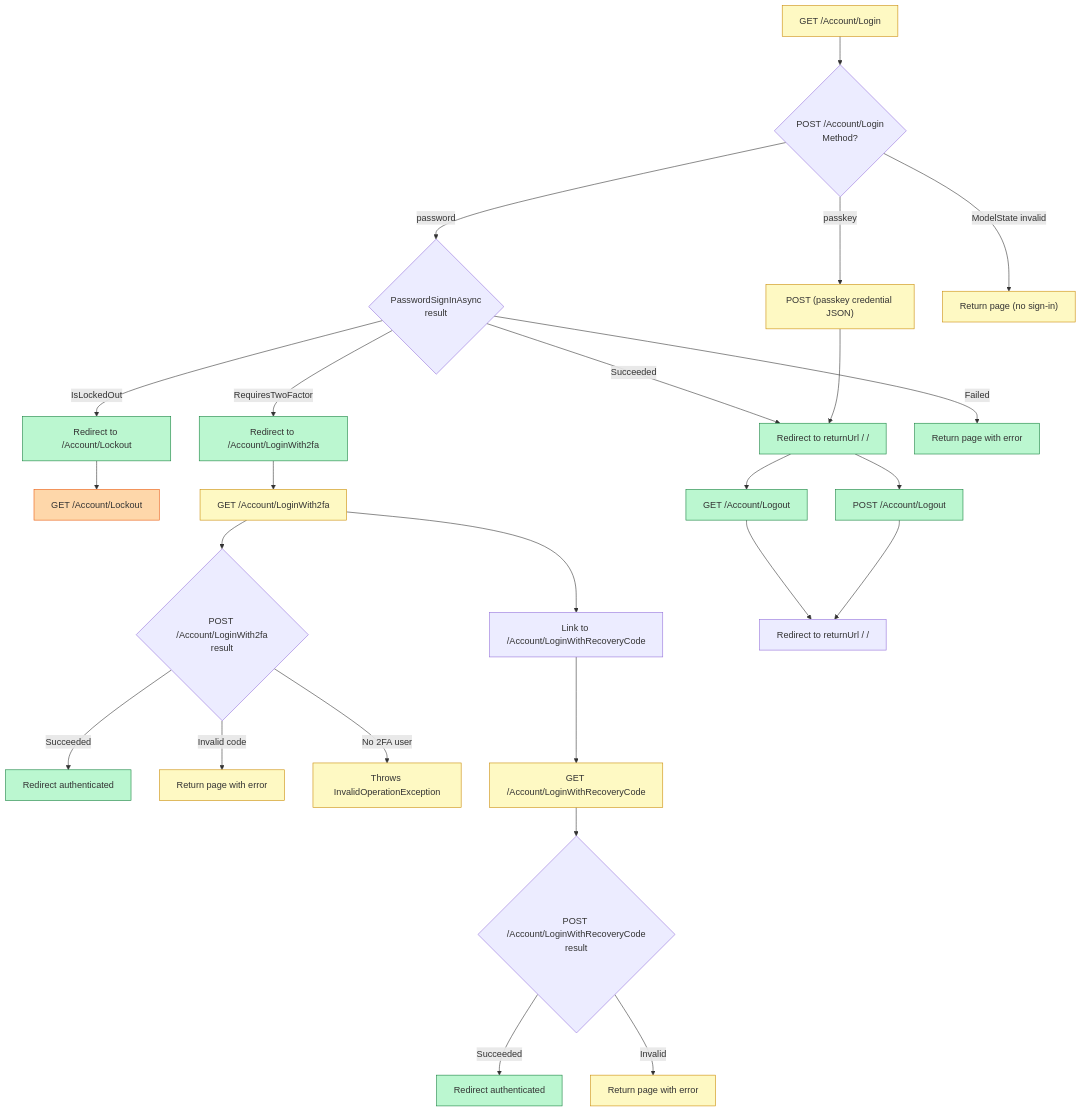
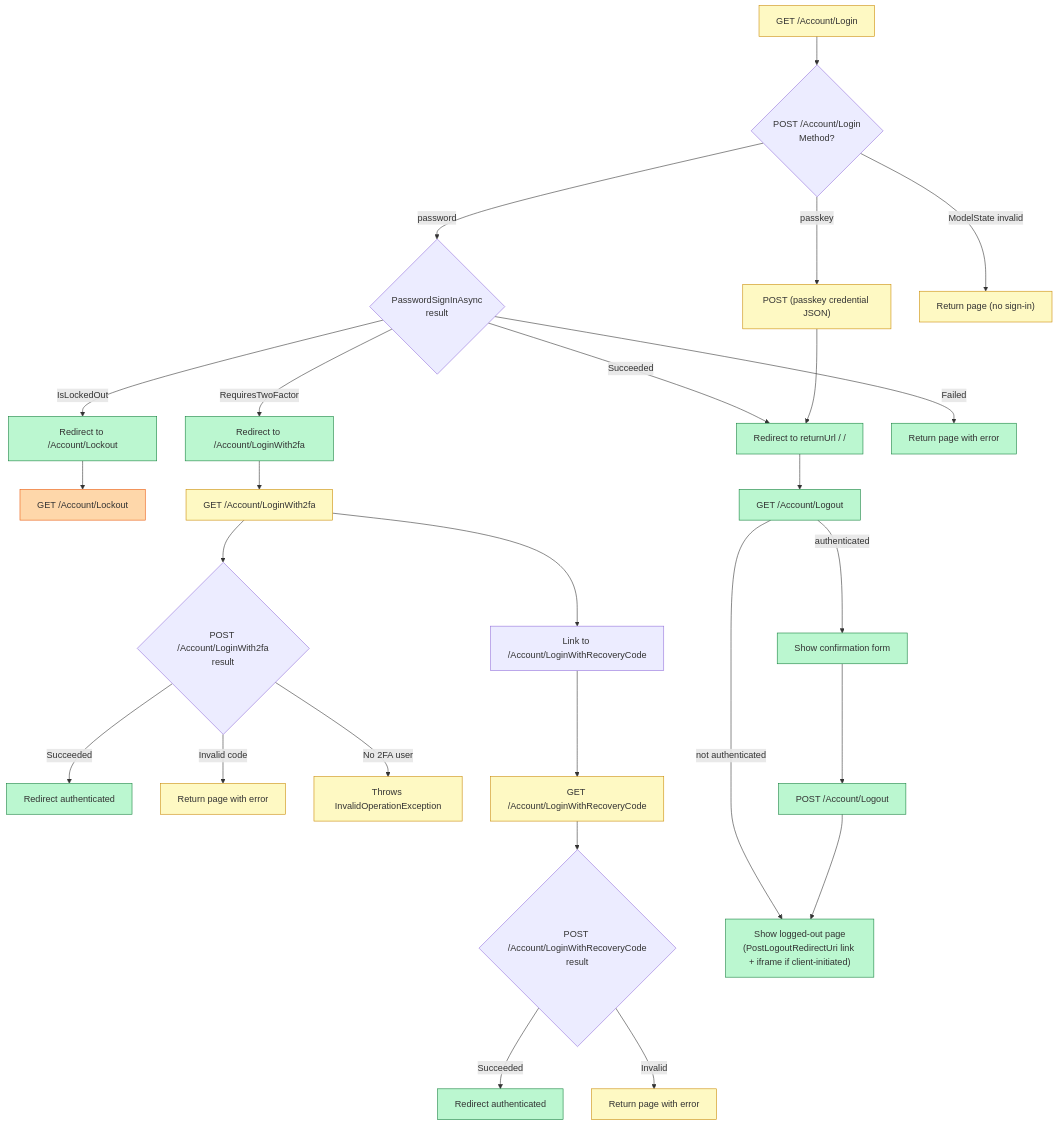
One commit to crgolden/Identity changed the third of 16 diagrams in TESTING.md. Above: the diagram before and after it, drawn with Mermaid. The commit also changed other lines of this file and 6 other files, not shown here.

````diff
--- a/TESTING.md
+++ b/TESTING.md
@@ -175,78 +175,81 @@
 ```mermaid
 flowchart TD
     classDef covered fill:#bbf7d0,stroke:#15803d
     classDef unitOnly fill:#fef9c3,stroke:#ca8a04
     classDef partial fill:#fed7aa,stroke:#ea580c
     classDef noTest fill:#fee2e2,stroke:#dc2626
 
     LoginGET["GET /Account/Login"]:::unitOnly
 
     LoginPOST{"POST /Account/Login\nMethod?"}
 
     PasswordPath{"PasswordSignInAsync\nresult"}
 
     PasskeyPath["POST (passkey credential JSON)"]:::unitOnly
 
     ModelInvalid["Return page (no sign-in)"]:::unitOnly
 
     SignInSuccess["Redirect to returnUrl / /"]:::covered
 
     Requires2FA["Redirect to /Account/LoginWith2fa"]:::covered
 
     LockedOut["Redirect to /Account/Lockout"]:::covered
 
     SignInFailed["Return page with error"]:::covered
 
     LockoutPage["GET /Account/Lockout"]:::partial
 
     LoginWith2faPage["GET /Account/LoginWith2fa"]:::unitOnly
 
     LoginWith2faPOST{"POST /Account/LoginWith2fa\nresult"}
 
     TwoFASuccess["Redirect authenticated"]:::covered
 
     TwoFAInvalid["Return page with error"]:::unitOnly
 
     TwoFANoUser["Throws InvalidOperationException"]:::unitOnly
 
     RecoveryLink["Link to /Account/LoginWithRecoveryCode"]
 
     RecoveryGET["GET /Account/LoginWithRecoveryCode"]:::unitOnly
 
     RecoveryPOST{"POST /Account/LoginWithRecoveryCode\nresult"}
 
     RecoverySuccess["Redirect authenticated"]:::covered
 
     RecoveryInvalid["Return page with error"]:::unitOnly
 
     LogoutGET["GET /Account/Logout"]:::covered
 
     LogoutPOST["POST /Account/Logout"]:::covered
 
-    SignedOut["Redirect to returnUrl / /"]
+    LogoutPrompt["Show confirmation form"]:::covered
+
+    LoggedOut["Show logged-out page\n(PostLogoutRedirectUri link + iframe if client-initiated)"]:::covered
 
     LoginGET --> LoginPOST
     LoginPOST -->|"password"| PasswordPath
     LoginPOST -->|"passkey"| PasskeyPath
     LoginPOST -->|"ModelState invalid"| ModelInvalid
     PasswordPath -->|"Succeeded"| SignInSuccess
     PasswordPath -->|"RequiresTwoFactor"| Requires2FA
     PasswordPath -->|"IsLockedOut"| LockedOut
     PasswordPath -->|"Failed"| SignInFailed
     PasskeyPath --> SignInSuccess
     LockedOut --> LockoutPage
     Requires2FA --> LoginWith2faPage
     LoginWith2faPage --> LoginWith2faPOST
     LoginWith2faPage --> RecoveryLink
     LoginWith2faPOST -->|"Succeeded"| TwoFASuccess
     LoginWith2faPOST -->|"Invalid code"| TwoFAInvalid
     LoginWith2faPOST -->|"No 2FA user"| TwoFANoUser
     RecoveryLink --> RecoveryGET
     RecoveryGET --> RecoveryPOST
     RecoveryPOST -->|"Succeeded"| RecoverySuccess
     RecoveryPOST -->|"Invalid"| RecoveryInvalid
     SignInSuccess --> LogoutGET
-    SignInSuccess --> LogoutPOST
-    LogoutGET --> SignedOut
-    LogoutPOST --> SignedOut
+    LogoutGET -->|"authenticated"| LogoutPrompt
+    LogoutGET -->|"not authenticated"| LoggedOut
+    LogoutPrompt --> LogoutPOST
+    LogoutPOST --> LoggedOut
 ```
````
